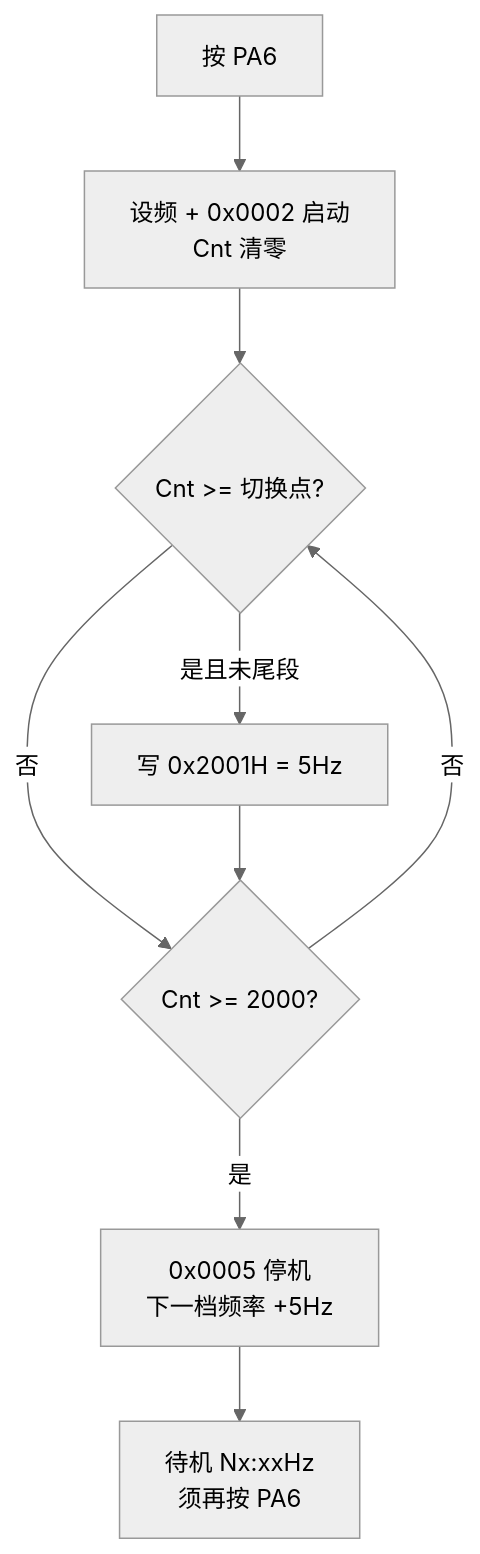
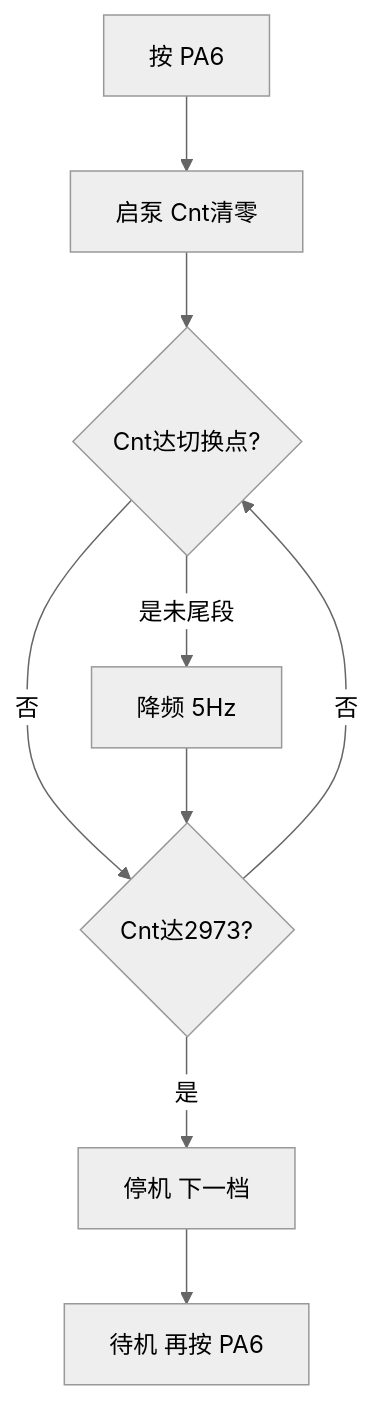
The second of 6 diagrams in Examples/NPN/NPN05_Preset_Pump_HwAlgo/README.md (mdbsliguo/stm32_template_SPL), drawn with Mermaid (neutral theme) before and after one commit. The commit also changed other lines of this file and 19 other files, not shown here.

````diff
--- a/Examples/NPN/NPN05_Preset_Pump_HwAlgo/README.md
+++ b/Examples/NPN/NPN05_Preset_Pump_HwAlgo/README.md
@@ -285,11 +296,11 @@
 ```mermaid
 flowchart TD
-    A[按 PA6] --> B[设频 + 0x0002 启动<br/>Cnt 清零]
-    B --> C{Cnt >= 切换点?}
-    C -->|是且未尾段| D[写 0x2001H = 5Hz]
-    C -->|否| E{Cnt >= 2000?}
+    A["按 PA6"] --> B["启泵 Cnt清零"]
+    B --> C{"Cnt达切换点?"}
+    C -->|是未尾段| D["降频 5Hz"]
+    C -->|否| E{"Cnt达2973?"}
     D --> E
-    E -->|是| F[0x0005 停机<br/>下一档频率 +5Hz]
+    E -->|是| F["停机 下一档"]
     E -->|否| C
-    F --> G[待机 Nx:xxHz<br/>须再按 PA6]
+    F --> G["待机 再按 PA6"]
 ```
````
